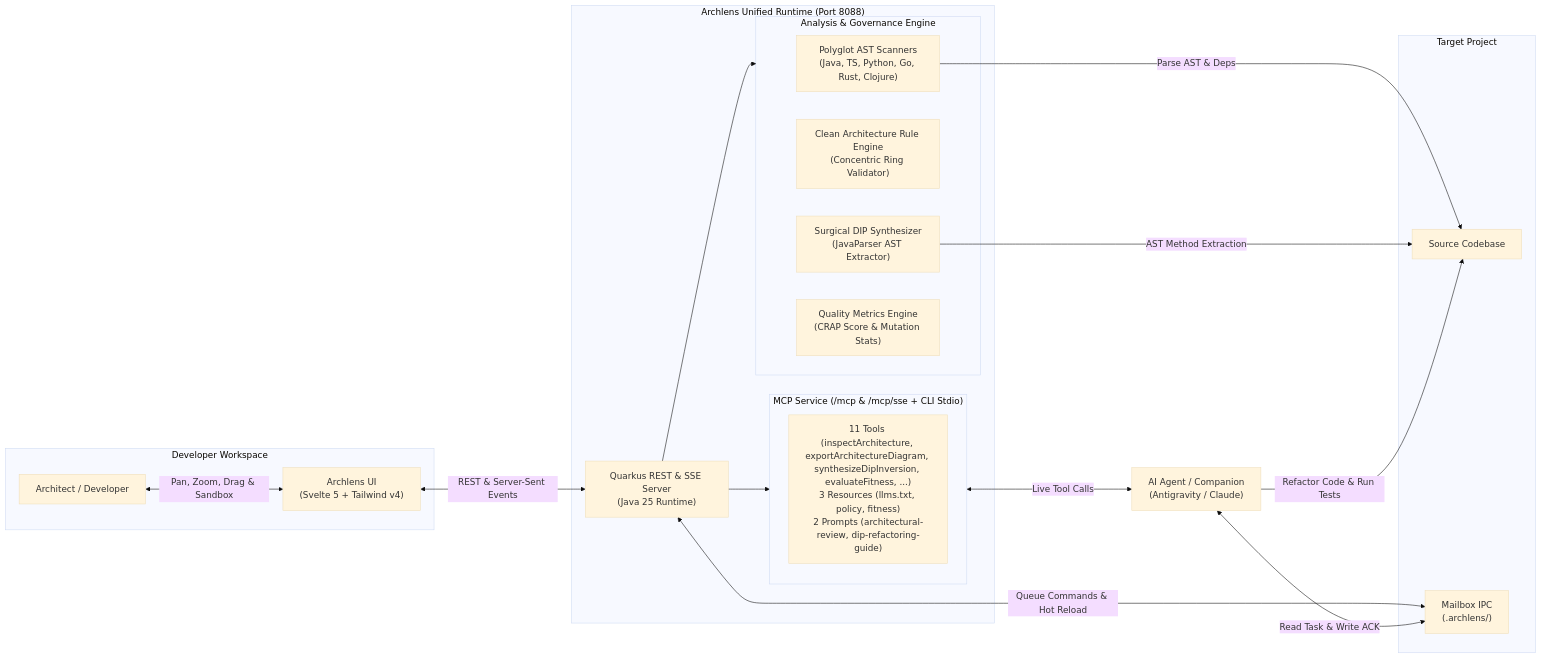
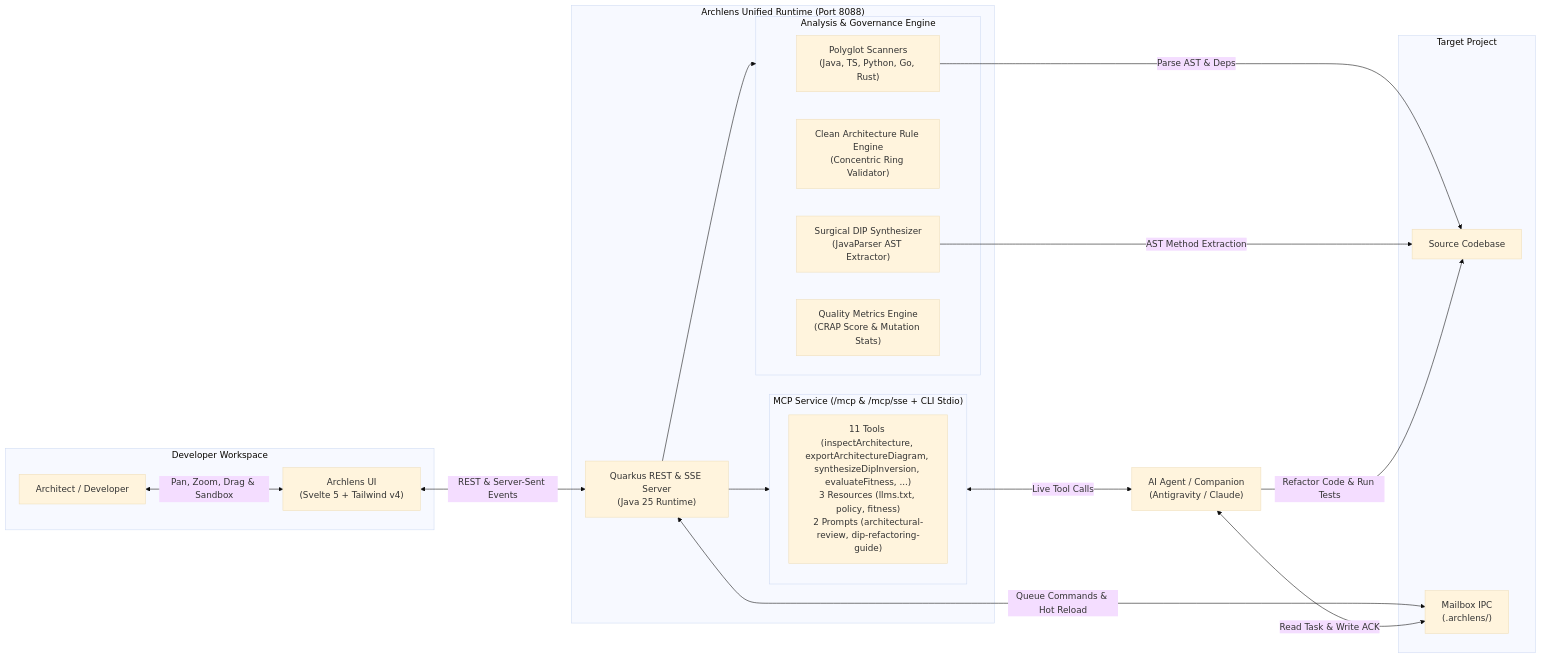
One commit to fmatar/archlens changed the first of 2 diagrams in wiki/Architecture.md. Above: the diagram before and after it, drawn with Mermaid (base theme). The commit also changed other lines of this file and 132 other files, not shown here.

````diff
--- a/wiki/Architecture.md
+++ b/wiki/Architecture.md
@@ -9,40 +9,40 @@
 ```mermaid
 flowchart LR
     subgraph Client ["Developer Workspace"]
         User["Architect / Developer"]
         Browser["Archlens UI<br/>(Svelte 5 + Tailwind v4)"]
     end
 
     subgraph Runtime ["Archlens Unified Runtime (Port 8088)"]
         Server["Quarkus REST & SSE Server<br/>(Java 25 Runtime)"]
         
         subgraph Core ["Analysis & Governance Engine"]
-            Scanner["Polyglot AST Scanners<br/>(Java, TS, Python, Go, Rust, Clojure)"]
+            Scanner["Polyglot Scanners<br/>(Java, TS, Python, Go, Rust)"]
             Rules["Clean Architecture Rule Engine<br/>(Concentric Ring Validator)"]
             Synthesizer["Surgical DIP Synthesizer<br/>(JavaParser AST Extractor)"]
             Metrics["Quality Metrics Engine<br/>(CRAP Score & Mutation Stats)"]
         end
         
         subgraph McpServer ["MCP Service (/mcp & /mcp/sse + CLI Stdio)"]
             Tools["11 Tools (inspectArchitecture, exportArchitectureDiagram, synthesizeDipInversion, evaluateFitness, ...)<br/>3 Resources (llms.txt, policy, fitness)<br/>2 Prompts (architectural-review, dip-refactoring-guide)"]
         end
     end
 
     subgraph Storage ["Target Project"]
         Code["Source Codebase"]
         Mailbox["Mailbox IPC<br/>(.archlens/)"]
     end
 
     Agent["AI Agent / Companion<br/>(Antigravity / Claude)"]
 
     User <-->|Pan, Zoom, Drag & Sandbox| Browser
     Browser <-->|REST & Server-Sent Events| Server
     Server --> Core
     Scanner -->|Parse AST & Deps| Code
     Synthesizer -->|AST Method Extraction| Code
     Server <-->|Queue Commands & Hot Reload| Mailbox
     Server --> McpServer
     McpServer <-->|Live Tool Calls| Agent
     Agent <-->|Read Task & Write ACK| Mailbox
     Agent -->|Refactor Code & Run Tests| Code
 ```
````
